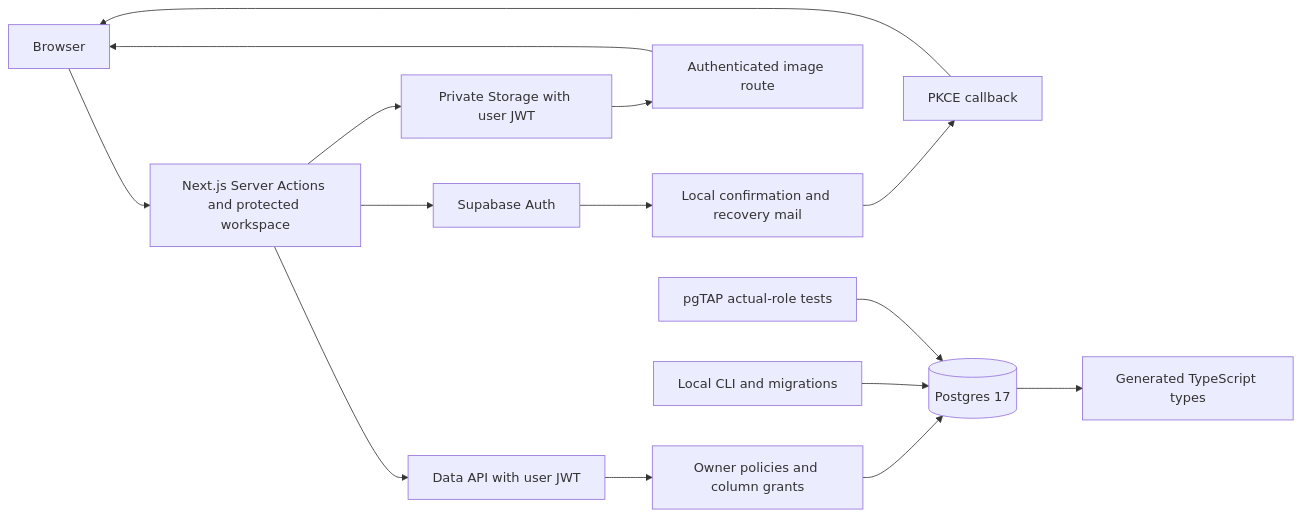
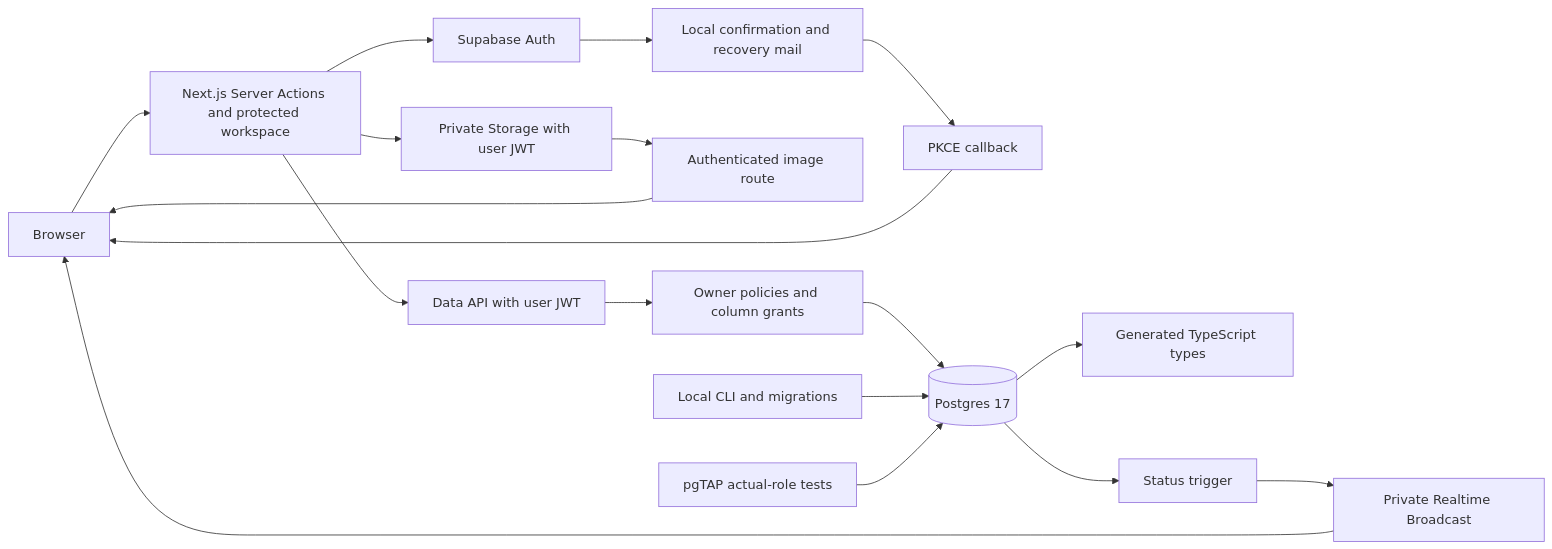
The diagram in docs/ARCHITECTURE.md (nshaikh3/supabase-ai-story-reference), drawn with Mermaid before and after one commit. The commit also changed other lines of this file and 29 other files, not shown here.

Commit message:
feat: add private realtime story generation updates

````diff
--- a/docs/ARCHITECTURE.md
+++ b/docs/ARCHITECTURE.md
@@ -5,17 +5,20 @@
 ```mermaid
 flowchart LR
   Browser[Browser] --> Next[Next.js Server Actions and protected workspace]
   Next --> Auth[Supabase Auth]
   Auth --> Mail[Local confirmation and recovery mail]
   Mail --> Callback[PKCE callback]
   Callback --> Browser
   Next --> API[Data API with user JWT]
   Next --> Storage[Private Storage with user JWT]
   Storage --> Images[Authenticated image route]
   Images --> Browser
   API --> RLS[Owner policies and column grants]
   RLS --> DB[(Postgres 17)]
   CLI[Local CLI and migrations] --> DB
   Tests[pgTAP actual-role tests] --> DB
   DB --> Types[Generated TypeScript types]
+  DB --> Trigger[Status trigger]
+  Trigger --> Broadcast[Private Realtime Broadcast]
+  Broadcast --> Browser
 ```
````
